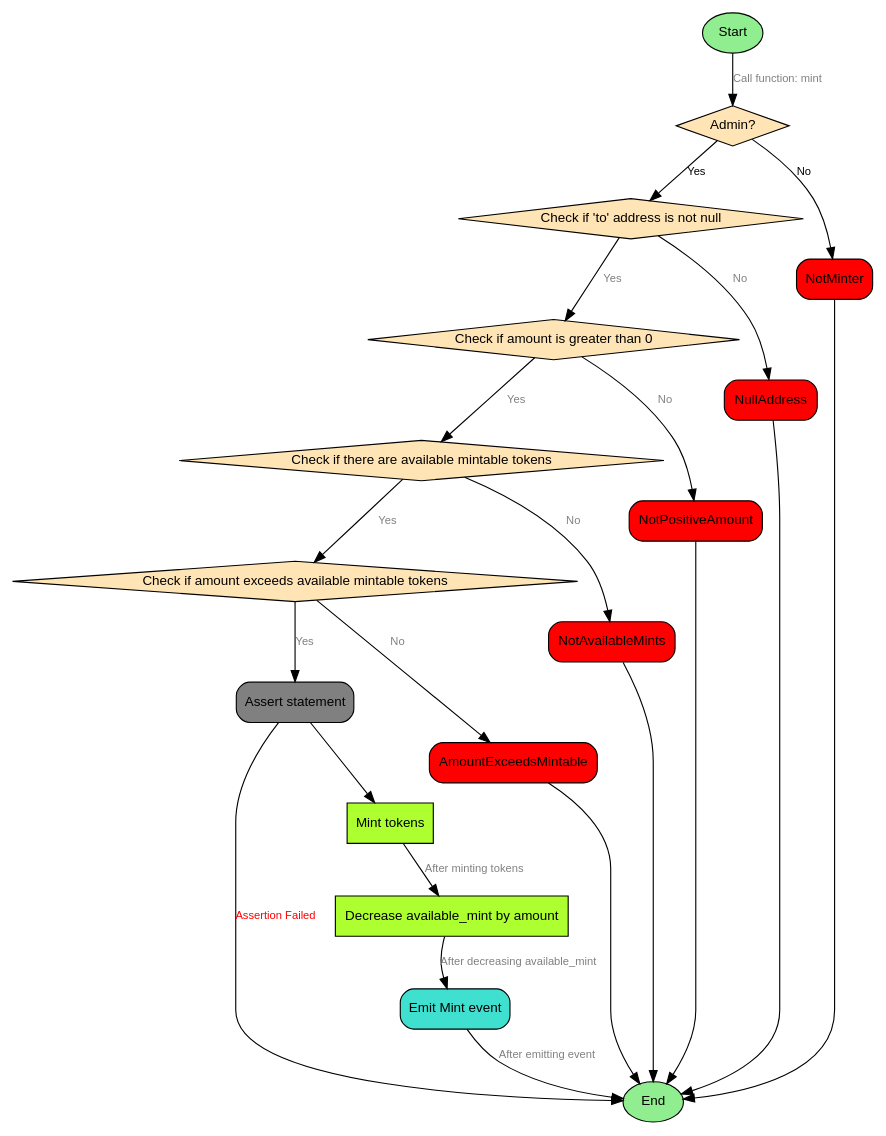
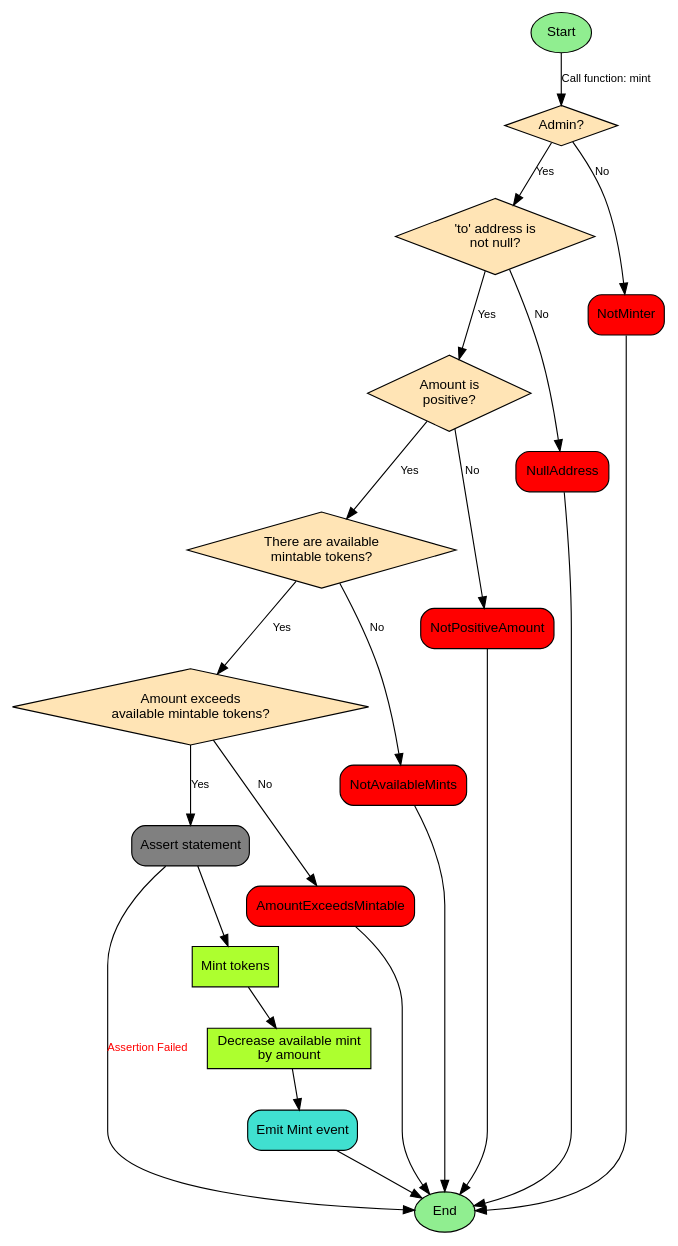
One commit to 0xJournal/contracts-0xJ__GovernanceToken changed the diagram in doc/mint.dot. Above: the diagram before and after it, drawn with Graphviz. The commit also changed 1 other file, not shown here.

```diff
--- a/doc/mint.dot
+++ b/doc/mint.dot
@@ -1,52 +1,52 @@
 digraph {
     node [shape = box; style = "rounded, filled"; fillcolor = "#F5F5F5"; fontname = "Arial"; fontsize = 12;];
     edge [fontname = "Arial"; fontsize = 10;];
     
     start [label = "Start";shape = "ellipse";style = "filled";fillcolor = "#90EE90";];
     
-    start -> minterCheck [label = "Call function: mint"; fontsize = 10; fontcolor = "#808080";];
+    start -> minterCheck [label = "Call function: mint"; fontsize = 10;];
     
 	minterCheck [label = "Admin?";shape = "diamond";style = "filled";fillcolor = "#FFE4B5";];
 	minterCheck -> checkTo [label = "Yes"; fontsize = 10;];
 	minterCheck -> revertNotMinter [label = "No"; fontsize = 10;];
     revertNotMinter [label = "NotMinter";shape = "box";style = "rounded,filled";fillcolor = "red";];
 	revertNotMinter -> end;
 
-    checkTo [label = "Check if 'to' address is not null";shape = "diamond";style = "filled";fillcolor = "#FFE4B5";];
-    checkAmount [label = "Check if amount is greater than 0";shape = "diamond";style = "filled";fillcolor = "#FFE4B5";];
-    checkAvailableMint [label = "Check if there are available mintable tokens";shape = "diamond";style = "filled";fillcolor = "#FFE4B5";];
-    checkAmountExceedsMintable [label = "Check if amount exceeds available mintable tokens";shape = "diamond";style = "filled";fillcolor = "#FFE4B5";];
+    checkTo [label = "'to' address is\n not null?";shape = "diamond";style = "filled";fillcolor = "#FFE4B5";];
+    checkAmount [label = "Amount is \npositive?";shape = "diamond";style = "filled";fillcolor = "#FFE4B5";];
+    checkAvailableMint [label = "There are available\nmintable tokens?";shape = "diamond";style = "filled";fillcolor = "#FFE4B5";];
+    checkAmountExceedsMintable [label = "Amount exceeds\navailable mintable tokens?";shape = "diamond";style = "filled";fillcolor = "#FFE4B5";];
     assertStatement [label = "Assert statement";shape = "box";style = "rounded,filled";fillcolor = "gray";];
     mintTokens [label = "Mint tokens";style = "filled";fillcolor = "greenyellow";];
-    decreaseAvailableMint [label = "Decrease available_mint by amount";style = "filled";fillcolor = "greenyellow";];
+    decreaseAvailableMint [label = "Decrease available mint\n by amount";style = "filled";fillcolor = "greenyellow";];
     emitEvent [label = "Emit Mint event";shape = "box";style = "rounded,filled";fillcolor = "turquoise";];
     end [label = "End";shape = "ellipse";style = "filled";fillcolor = "#90EE90";];
     
     revertNullAddress [label = "NullAddress";shape = "box";style = "rounded,filled";fillcolor = "red";];
     revertNotPositiveAmount [label = "NotPositiveAmount";shape = "box";style = "rounded,filled";fillcolor = "red";];
     revertNotAvailableMints [label = "NotAvailableMints";shape = "box";style = "rounded,filled";fillcolor = "red";];
     revertAmountExceedsMintable [label = "AmountExceedsMintable";shape = "box";style = "rounded,filled";fillcolor = "red";];
     
-    checkTo -> checkAmount [label = "Yes"; fontsize = 10; fontcolor = "#808080";];
-    checkTo -> revertNullAddress [label = "No"; fontsize = 10; fontcolor = "#808080";];
+    checkTo -> checkAmount [label = "Yes"; fontsize = 10;];
+    checkTo -> revertNullAddress [label = "No"; fontsize = 10;];
     revertNullAddress -> end;
     
-    checkAmount -> checkAvailableMint [label = "Yes"; fontsize = 10; fontcolor = "#808080";];
-    checkAmount -> revertNotPositiveAmount [label = "No"; fontsize = 10; fontcolor = "#808080";];
+    checkAmount -> checkAvailableMint [label = "Yes"; fontsize = 10;];
+    checkAmount -> revertNotPositiveAmount [label = "No"; fontsize = 10;];
     revertNotPositiveAmount -> end;
     
-    checkAvailableMint -> checkAmountExceedsMintable [label = "Yes"; fontsize = 10; fontcolor = "#808080";];
-    checkAvailableMint -> revertNotAvailableMints [label = "No"; fontsize = 10; fontcolor = "#808080";];
+    checkAvailableMint -> checkAmountExceedsMintable [label = "Yes"; fontsize = 10;];
+    checkAvailableMint -> revertNotAvailableMints [label = "No"; fontsize = 10;];
     revertNotAvailableMints -> end;
     
-    checkAmountExceedsMintable -> revertAmountExceedsMintable [label = "No"; fontsize = 10; fontcolor = "#808080";];
-    checkAmountExceedsMintable -> assertStatement [label = "Yes"; fontsize = 10; fontcolor = "#808080";];
+    checkAmountExceedsMintable -> revertAmountExceedsMintable [label = "No"; fontsize = 10;];
+    checkAmountExceedsMintable -> assertStatement [label = "Yes"; fontsize = 10;];
     revertAmountExceedsMintable -> end;
     
     assertStatement -> mintTokens;
     assertStatement -> end [label = "Assertion Failed"; fontsize = 10; fontcolor = "#FF0000";];
     
-    mintTokens -> decreaseAvailableMint [label = "After minting tokens"; fontsize = 10; fontcolor = "#808080";];
-    decreaseAvailableMint -> emitEvent [label = "After decreasing available_mint"; fontsize = 10; fontcolor = "#808080";];
-    emitEvent -> end [label = "After emitting event"; fontsize = 10; fontcolor = "#808080";];
+    mintTokens -> decreaseAvailableMint;
+    decreaseAvailableMint -> emitEvent;
+    emitEvent -> end;
 }
```
